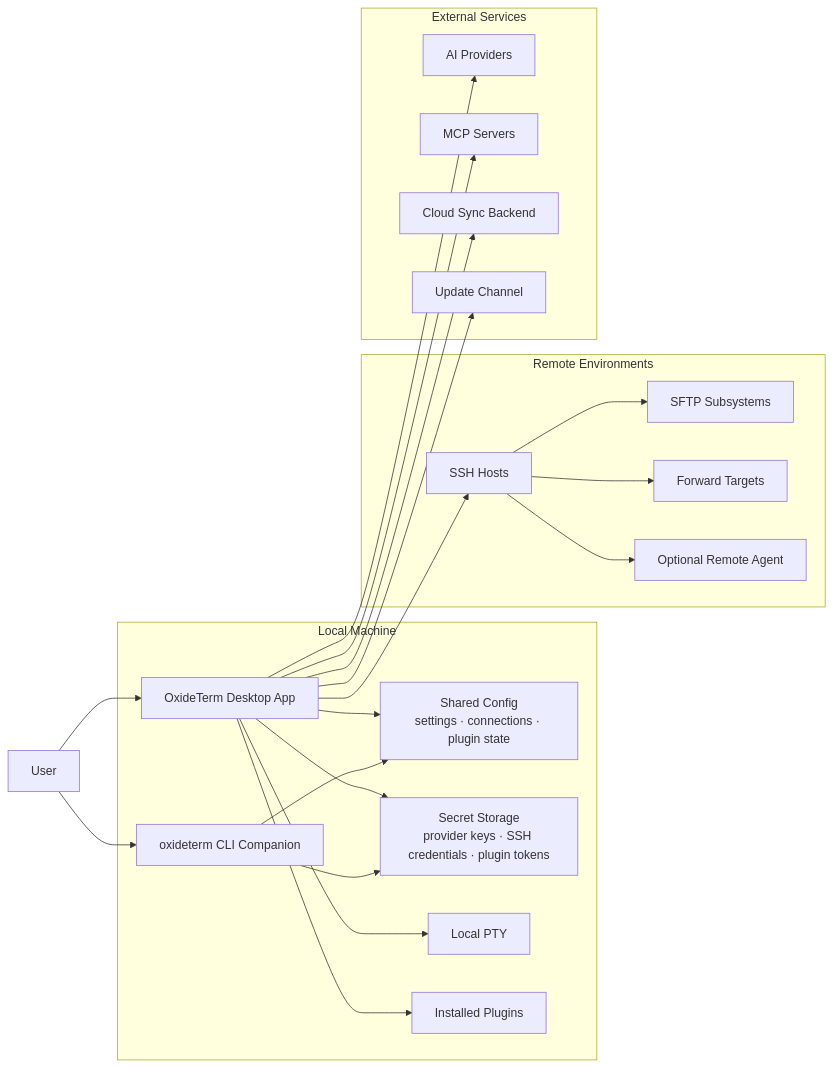
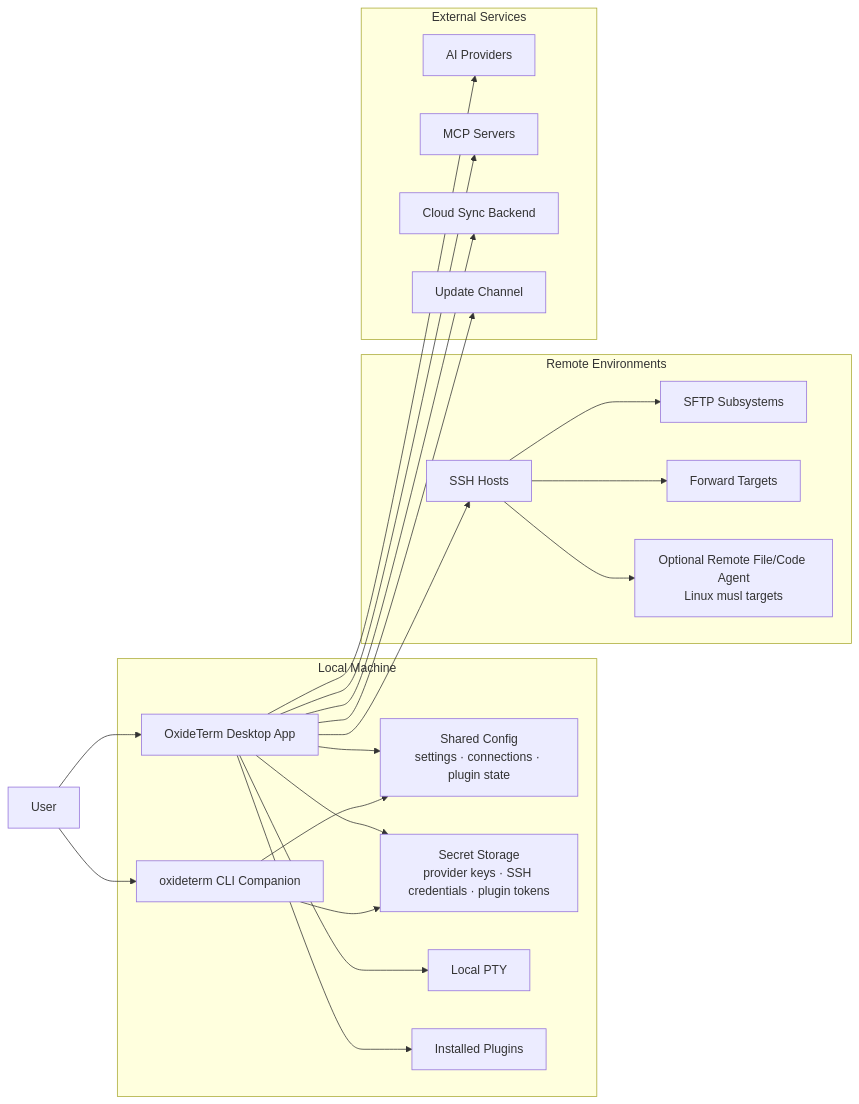
Before and after one commit to AnalyseDeCircuit/oxideterm: the second of 15 diagrams in docs/user-guide/en/architecture.md, drawn with Mermaid. The commit also changed other lines of this file and 29 other files, not shown here.

First line of the commit message:
docs: sync feature and architecture docs across locales

````diff
--- a/docs/user-guide/en/architecture.md
+++ b/docs/user-guide/en/architecture.md
@@ -157,43 +157,43 @@
 ```mermaid
 flowchart LR
     User["User"] --> App["OxideTerm Desktop App"]
     User --> Cli["oxideterm CLI Companion"]
 
     subgraph Local["Local Machine"]
         App
         Cli
         Config["Shared Config<br/>settings · connections · plugin state"]
         Secrets["Secret Storage<br/>provider keys · SSH credentials · plugin tokens"]
         Pty["Local PTY"]
         Plugins["Installed Plugins"]
     end
 
     subgraph Remote["Remote Environments"]
         SshHost["SSH Hosts"]
         SftpHost["SFTP Subsystems"]
         RemotePorts["Forward Targets"]
-        Agent["Optional Remote Agent"]
+        Agent["Optional Remote File/Code Agent<br/>Linux musl targets"]
     end
 
     subgraph External["External Services"]
         AiProviders["AI Providers"]
         McpServers["MCP Servers"]
         SyncBackend["Cloud Sync Backend"]
         UpdateServer["Update Channel"]
     end
 
     App --> Config
     Cli --> Config
     App --> Secrets
     Cli --> Secrets
     App --> Pty
     App --> Plugins
     App --> SshHost
     SshHost --> SftpHost
     SshHost --> RemotePorts
     SshHost --> Agent
     App --> AiProviders
     App --> McpServers
     App --> SyncBackend
     App --> UpdateServer
 ```
````
